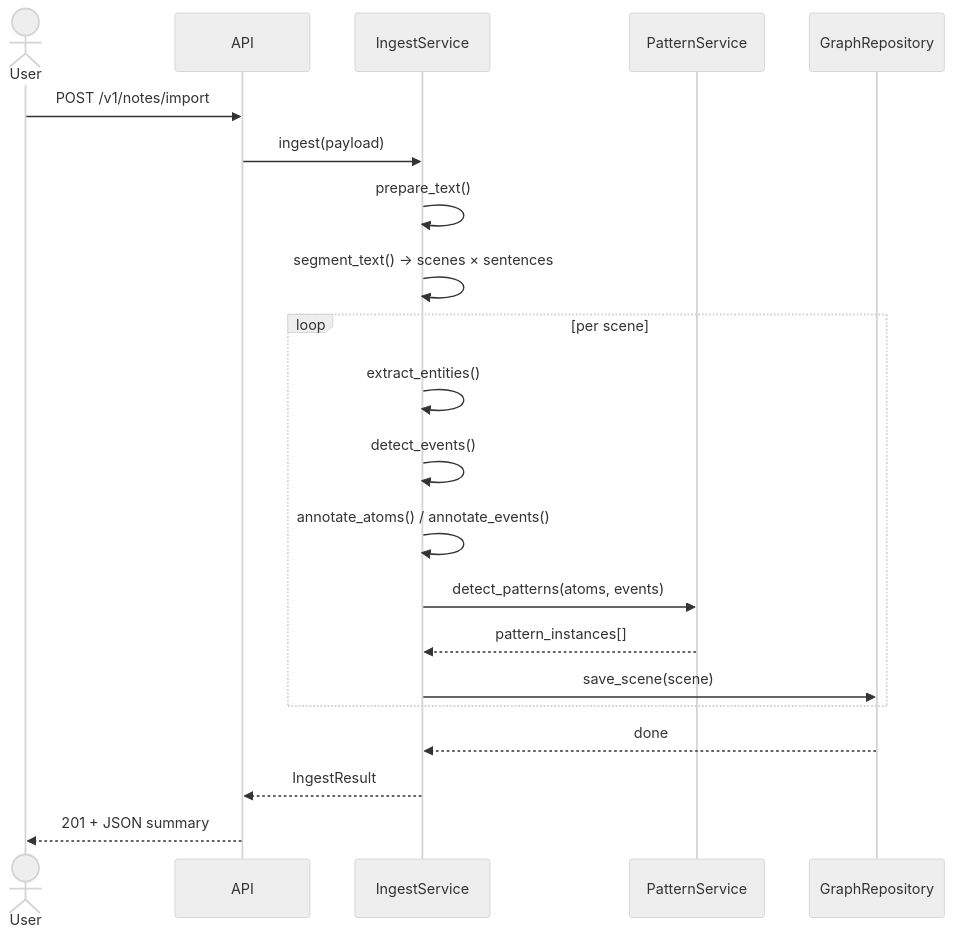
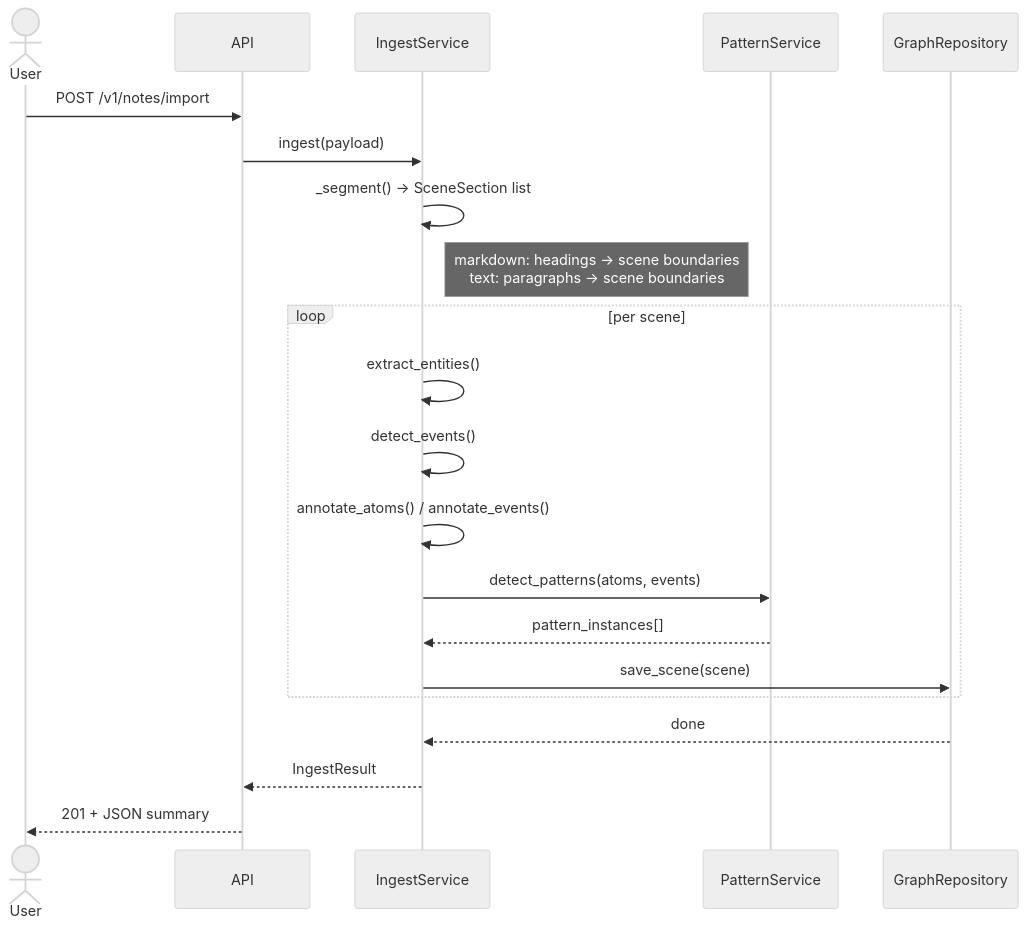
Before and after one commit to mattbriggs/Transformable-Narrative-Graph: the second of 2 diagrams in site/guide/parsing.md, drawn with Mermaid (neutral theme). The commit also changed other lines of this file and 45 other files, not shown here.

````diff
--- a/site/guide/parsing.md
+++ b/site/guide/parsing.md
@@ -171,24 +201,24 @@
 ```mermaid
 sequenceDiagram
     actor User
     participant API
     participant IS as IngestService
     participant PS as PatternService
     participant GR as GraphRepository
 
     User->>API: POST /v1/notes/import
     API->>IS: ingest(payload)
-    IS->>IS: prepare_text()
-    IS->>IS: segment_text() → scenes × sentences
+    IS->>IS: _segment() → SceneSection list
+    Note right of IS: markdown: headings → scene boundaries<br/>text: paragraphs → scene boundaries
     loop per scene
         IS->>IS: extract_entities()
         IS->>IS: detect_events()
         IS->>IS: annotate_atoms() / annotate_events()
         IS->>PS: detect_patterns(atoms, events)
         PS-->>IS: pattern_instances[]
         IS->>GR: save_scene(scene)
     end
     GR-->>IS: done
     IS-->>API: IngestResult
     API-->>User: 201 + JSON summary
 ```
````
